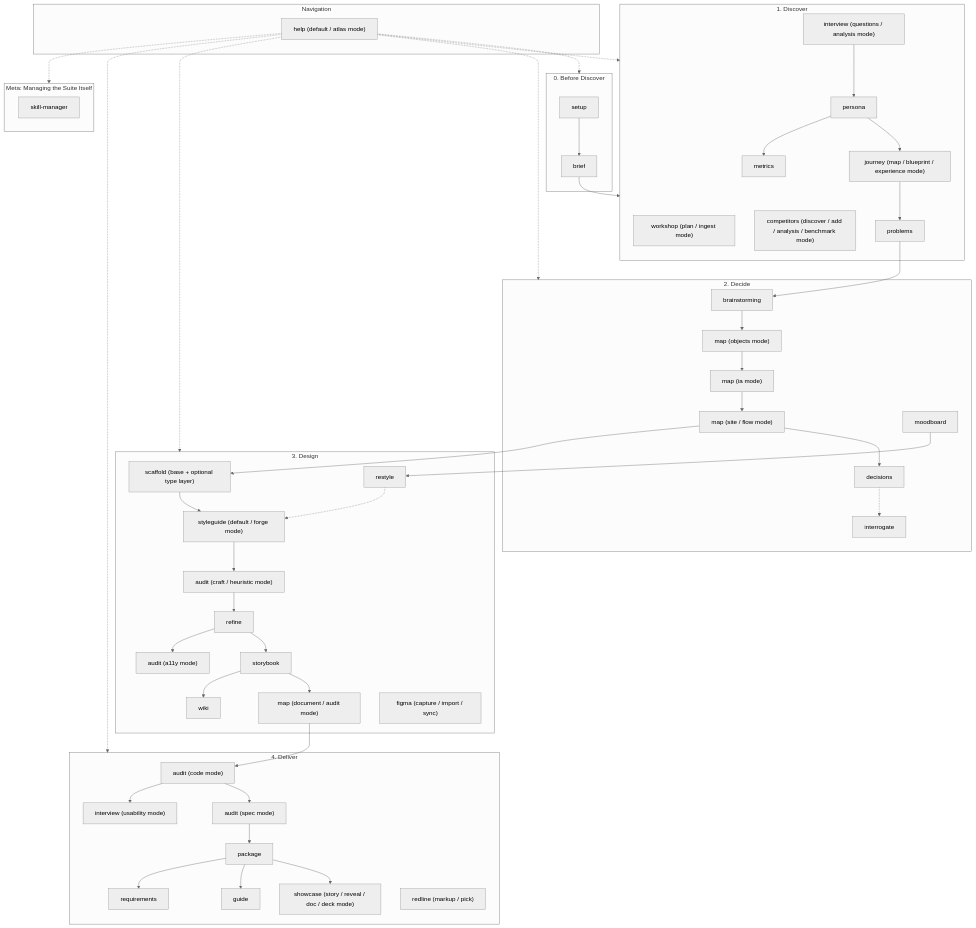
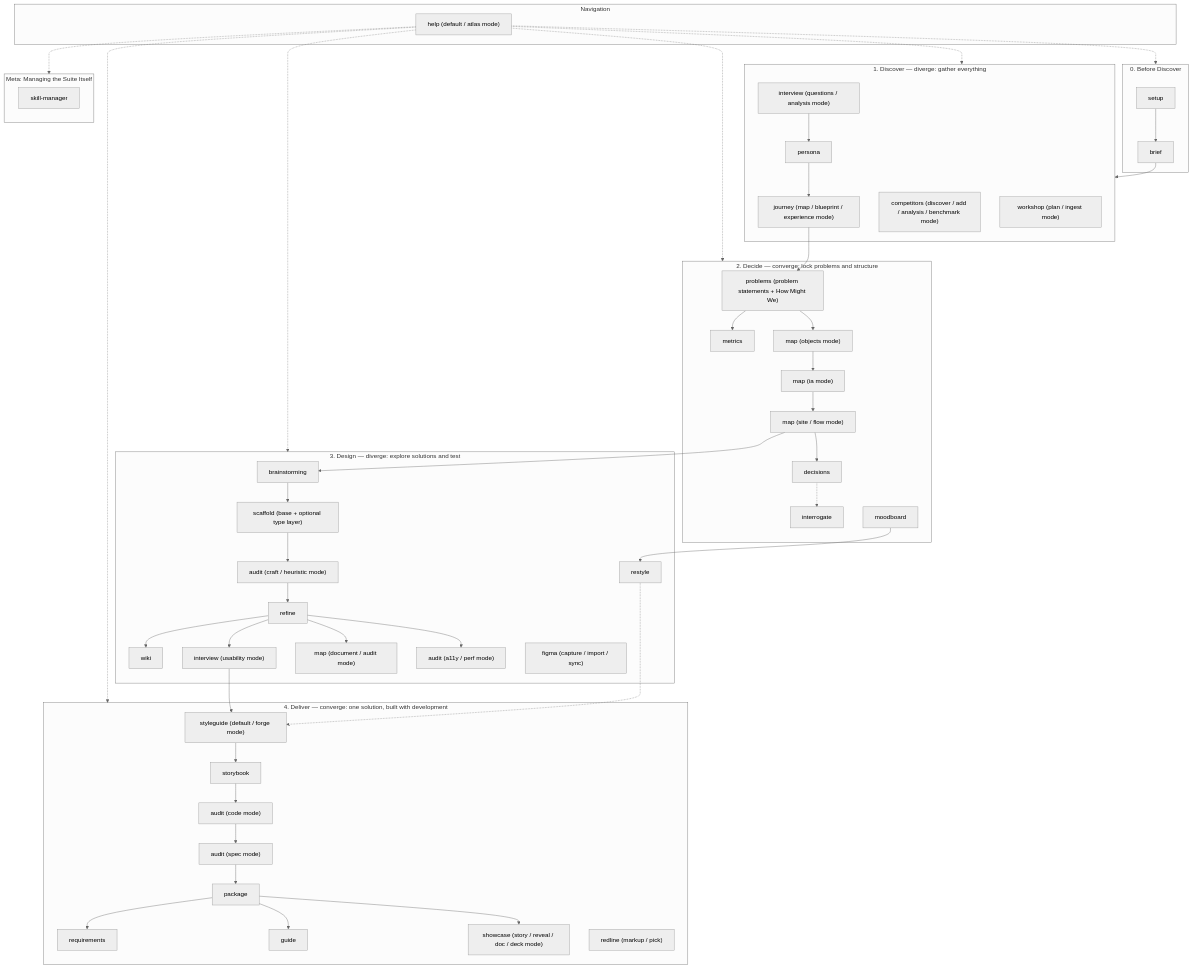
The diagram in AGENTS.md (RPalis/AIXLab-Atlas), drawn with Mermaid (neutral theme) before and after one commit. The commit also changed other lines of this file and 19 other files, not shown here.

```diff
--- a/AGENTS.md
+++ b/AGENTS.md
@@ -22,49 +22,62 @@
         P00[setup] --> P00B[brief]
     end
 
-    subgraph Discover ["1. Discover"]
+    subgraph Discover ["1. Discover — diverge: gather everything"]
         P0W["workshop (plan / ingest mode)"]
         P0C["competitors (discover / add / analysis / benchmark mode)"]
         P0U["interview (questions / analysis mode)"] --> P1[persona]
         P1 --> P0J["journey (map / blueprint / experience mode)"]
-        P1 --> P0M[metrics]
-        P0J --> P0P[problems]
     end
 
-    subgraph Decide ["2. Decide"]
-        P0P --> P2A[brainstorming]
-        P2A --> P2["map (objects mode)"]
-        P2 --> P2I["map (ia mode)"]
+    subgraph Decide ["2. Decide — converge: lock problems and structure"]
+        P0P["problems (problem statements + How Might We)"]
+        P0M[metrics]
+        P2["map (objects mode)"] --> P2I["map (ia mode)"]
         P2I --> P2B["map (site / flow mode)"]
+        P0P --> P2
+        P0P --> P0M
         P2B --> P7B[decisions]
         P7B -.-> P7C[interrogate]
         MB[moodboard]
     end
 
-    subgraph Design ["3. Design"]
-        P2B --> P3["scaffold (base + optional type layer)"]
-        P3 --> P4["styleguide (default / forge mode)"]
-        P4 --> PCA["audit (craft / heuristic mode)"]
-        PCA --> P5[refine]
-        P5 --> P6[storybook]
-        P6 --> P7["map (document / audit mode)"]
-        P5 --> P7D["audit (a11y mode)"]
-        P6 --> P7F[wiki]
+    subgraph Design ["3. Design — diverge: explore solutions and test"]
+        P2A[brainstorming]
+        P3["scaffold (base + optional type layer)"]
+        PCA["audit (craft / heuristic mode)"]
+        P5[refine]
+        P7D["audit (a11y / perf mode)"]
+        P7["map (document / audit mode)"]
+        P8U["interview (usability mode)"]
+        P7F[wiki]
         FIG["figma (capture / import / sync)"]
         RS[restyle]
-        MB --> RS
-        RS -.-> P4
+        P2A --> P3
+        P3 --> PCA
+        PCA --> P5
+        P5 --> P7D
+        P5 --> P7
+        P5 --> P8U
+        P5 --> P7F
     end
 
-    subgraph Deliver ["4. Deliver"]
-        P7 --> P8["audit (code mode)"]
-        P8 --> P8S["audit (spec mode)"]
-        P8 --> P8U["interview (usability mode)"]
-        P8S --> P9[package]
-        P9 --> P9B["showcase (story / reveal / doc / deck mode)"]
-        P9 --> P9C[guide]
-        P9 --> P9D[requirements]
+    subgraph Deliver ["4. Deliver — converge: one solution, built with development"]
+        P4["styleguide (default / forge mode)"]
+        P6[storybook]
+        P8["audit (code mode)"]
+        P8S["audit (spec mode)"]
+        P9[package]
+        P9B["showcase (story / reveal / doc / deck mode)"]
+        P9C[guide]
+        P9D[requirements]
         RL["redline (markup / pick)"]
+        P4 --> P6
+        P6 --> P8
+        P8 --> P8S
+        P8S --> P9
+        P9 --> P9B
+        P9 --> P9C
+        P9 --> P9D
     end
 
     subgraph Meta ["Meta: Managing the Suite Itself"]
@@ -72,6 +85,11 @@
     end
 
     P00B --> Discover
+    P0J --> P0P
+    P2B --> P2A
+    MB --> RS
+    RS -.-> P4
+    P8U --> P4
     RH -.-> Before
     RH -.-> Discover
     RH -.-> Decide
```
